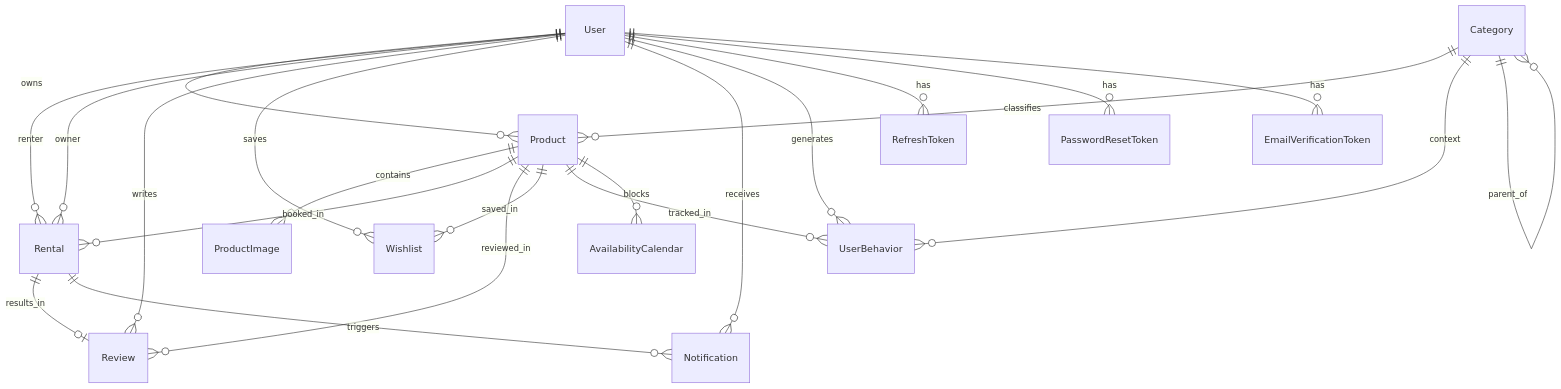
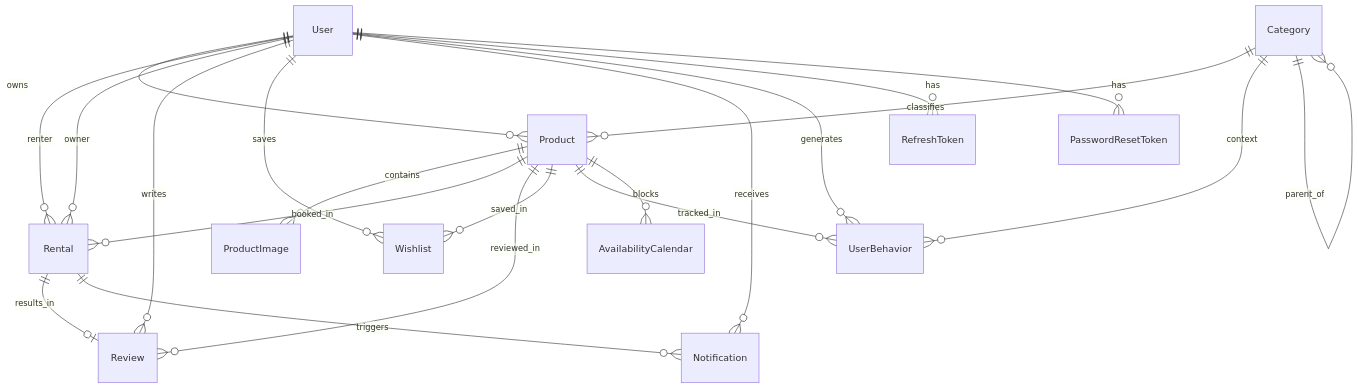
One commit to E-m-ad/Graduation-Project changed the third of 5 diagrams in README.md. Above: the diagram before and after it, drawn with Mermaid. The commit also changed other lines of this file and 46 other files, not shown here.

Commit message:
remove email verification tmporar...

````diff
--- a/README.md
+++ b/README.md
@@ -305,27 +304,26 @@
 ```mermaid
 erDiagram
   User ||--o{ Product : owns
   User ||--o{ Rental : renter
   User ||--o{ Rental : owner
   User ||--o{ Review : writes
   User ||--o{ Wishlist : saves
   User ||--o{ Notification : receives
   User ||--o{ UserBehavior : generates
   User ||--o{ RefreshToken : has
   User ||--o{ PasswordResetToken : has
-  User ||--o{ EmailVerificationToken : has
 
   Category ||--o{ Product : classifies
   Category ||--o{ UserBehavior : context
   Category ||--o{ Category : parent_of
 
   Product ||--o{ ProductImage : contains
   Product ||--o{ Rental : booked_in
   Product ||--o{ Review : reviewed_in
   Product ||--o{ Wishlist : saved_in
   Product ||--o{ UserBehavior : tracked_in
   Product ||--o{ AvailabilityCalendar : blocks
 
   Rental ||--o| Review : results_in
   Rental ||--o{ Notification : triggers
 ```
````
